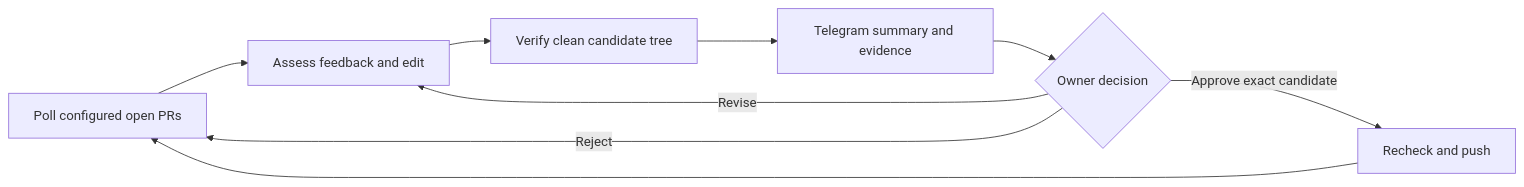
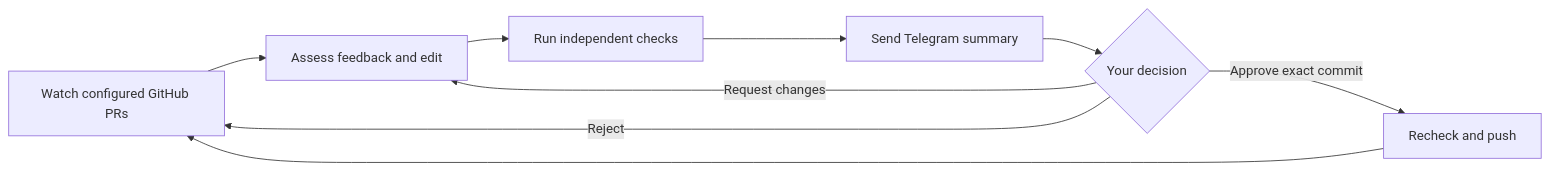
Before and after one commit to cvsgireesh/reviewloop: the diagram in README.md, drawn with Mermaid. The commit also changed other lines of this file and 16 other files, not shown here.

````diff
--- a/README.md
+++ b/README.md
@@ -68,11 +103,11 @@
 ```mermaid
 flowchart LR
-  A[Poll configured open PRs] --> B[Assess feedback and edit]
-  B --> C[Verify clean candidate tree]
-  C --> D[Telegram summary and evidence]
-  D --> E{Owner decision}
-  E -->|Revise| B
+  A[Watch configured GitHub PRs] --> B[Assess feedback and edit]
+  B --> C[Run independent checks]
+  C --> D[Send Telegram summary]
+  D --> E{Your decision}
+  E -->|Request changes| B
   E -->|Reject| A
-  E -->|Approve exact candidate| F[Recheck and push]
+  E -->|Approve exact commit| F[Recheck and push]
   F --> A
 ```
````
